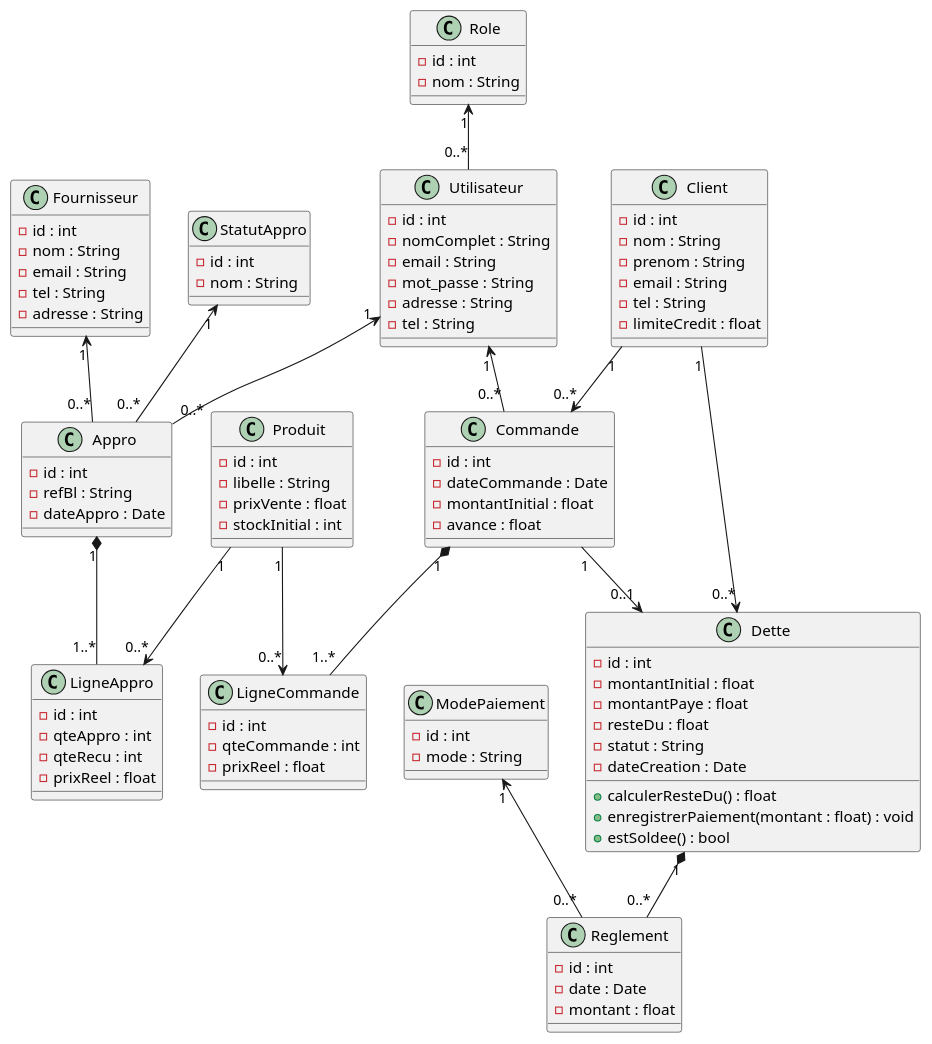
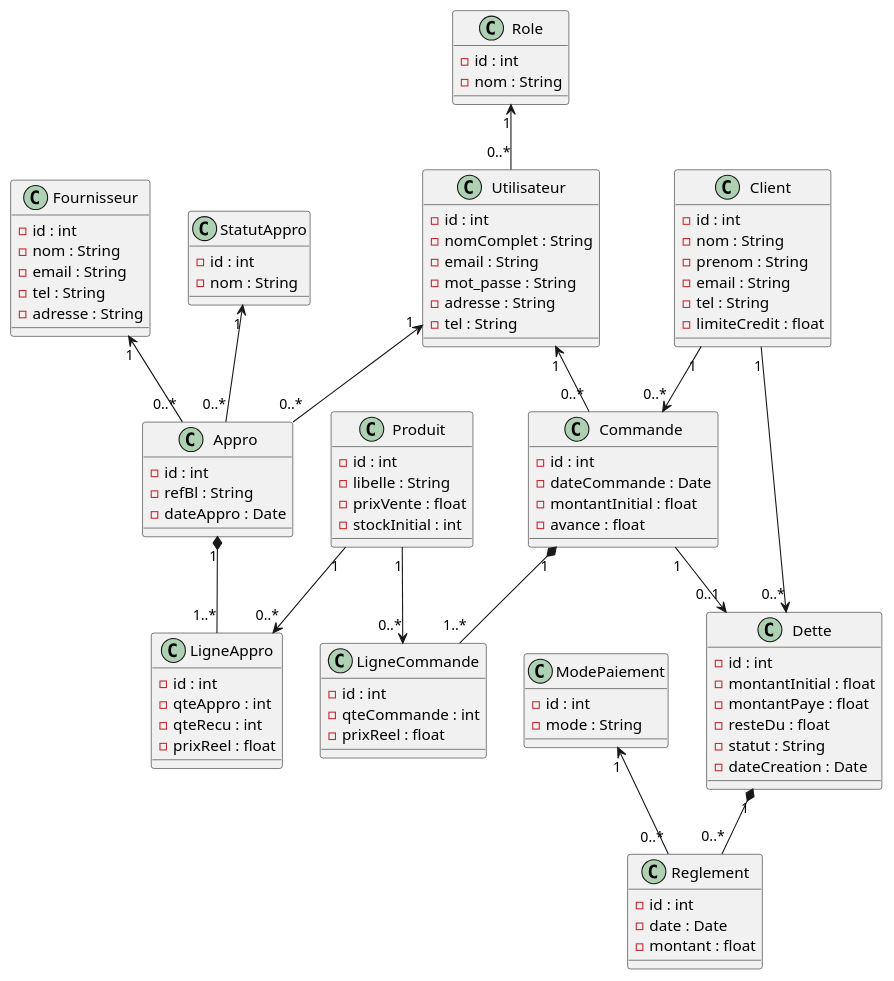
The diagram in docs/diagrammeDEClasse.puml (oumylo/StoreManager-Pro_approvisionnement), drawn with PlantUML before and after one commit.

Commit message:
docs(uml): ajout des diagrammes de cas d'utilisation et de classes POO

```diff
--- a/docs/diagrammeDEClasse.puml
+++ b/docs/diagrammeDEClasse.puml
@@ -1,156 +1,150 @@
 @startuml Diagramme_Classe_StoreManager
 
 
 class Utilisateur {
     - id : int
     - nomComplet : String
     - email : String
     - mot_passe : String
     - adresse : String
     - tel : String
 }
 
 class Role {
     - id : int
     - nom : String
 }
 
 
 
 class Client {
     - id : int
     - nom : String
     - prenom : String
     - email : String
     - tel : String
     - limiteCredit : float
 }
 
 
 
 class Commande {
     - id : int
     - dateCommande : Date
     - montantInitial : float
     - avance : float
 }
 
 
 class LigneCommande {
     - id : int
     - qteCommande : int
     - prixReel : float
 }
 
 
 class ModePaiement {
     - id : int
     - mode : String
 }
 
 class Reglement {
     - id : int
     - date : Date
     - montant : float
 }
 
 
 class Dette {
     - id : int
     - montantInitial : float
     - montantPaye : float
     - resteDu : float
     - statut : String
     - dateCreation : Date
 
-    + calculerResteDu() : float
-    + enregistrerPaiement(montant : float) : void
-    + estSoldee() : bool
+   
 }
 
 
 
 class Produit {
     - id : int
     - libelle : String
     - prixVente : float
     - stockInitial : int
 }
 
 
 class Fournisseur {
     - id : int
     - nom : String
     - email : String
     - tel : String
     - adresse : String
 }
 
-
-' =========================================================
-' APPROVISIONNEMENT
-' =========================================================
 
 class StatutAppro {
     - id : int
     - nom : String
 }
 
 class Appro {
     - id : int
     - refBl : String
     - dateAppro : Date
 }
 
 class LigneAppro {
     - id : int
     - qteAppro : int
     - qteRecu : int
     - prixReel : float
 }
 
 
 
 Role "1" <-- "0..*" Utilisateur 
 
 
 Client "1" --> "0..*" Commande 
 
 
 
 Commande "1" *-- "1..*" LigneCommande 
 
 Produit "1" --> "0..*" LigneCommande 
 
 
 Utilisateur "1" <-- "0..*" Commande 
 
 
 Commande "1" --> "0..1" Dette 
 
 Client "1" --> "0..*" Dette 
 
 
 Dette "1" *-- "0..*" Reglement 
 
 
 ModePaiement "1" <-- "0..*" Reglement 
 
 
 
 Fournisseur "1" <-- "0..*" Appro 
 
 
 
 Appro "1" *-- "1..*" LigneAppro 
 
 Produit "1" --> "0..*" LigneAppro 
 
 
 StatutAppro "1" <-- "0..*" Appro 
 
 
 Utilisateur "1" <-- "0..*" Appro 
 
 
 @enduml
```
